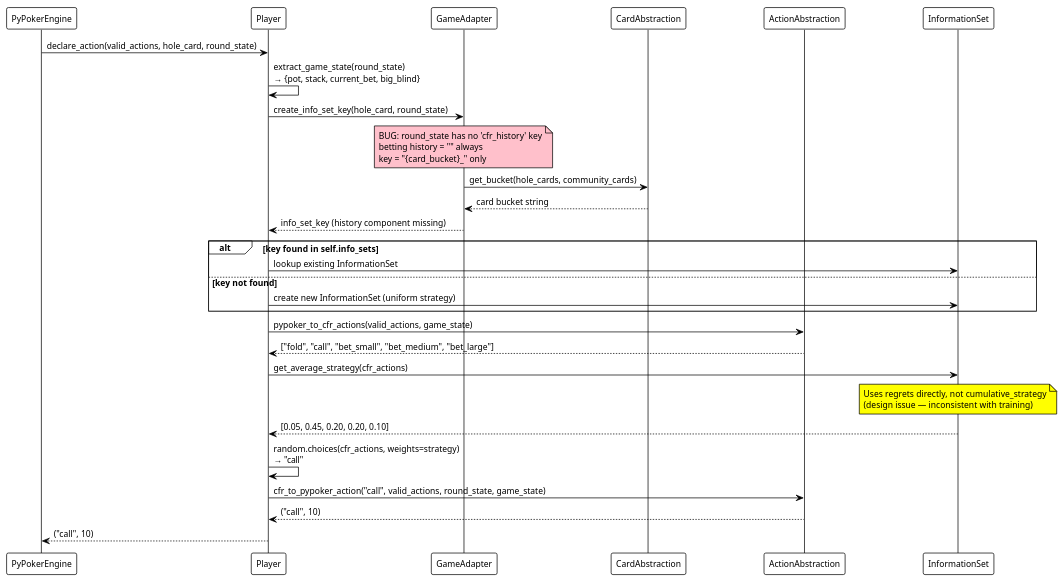
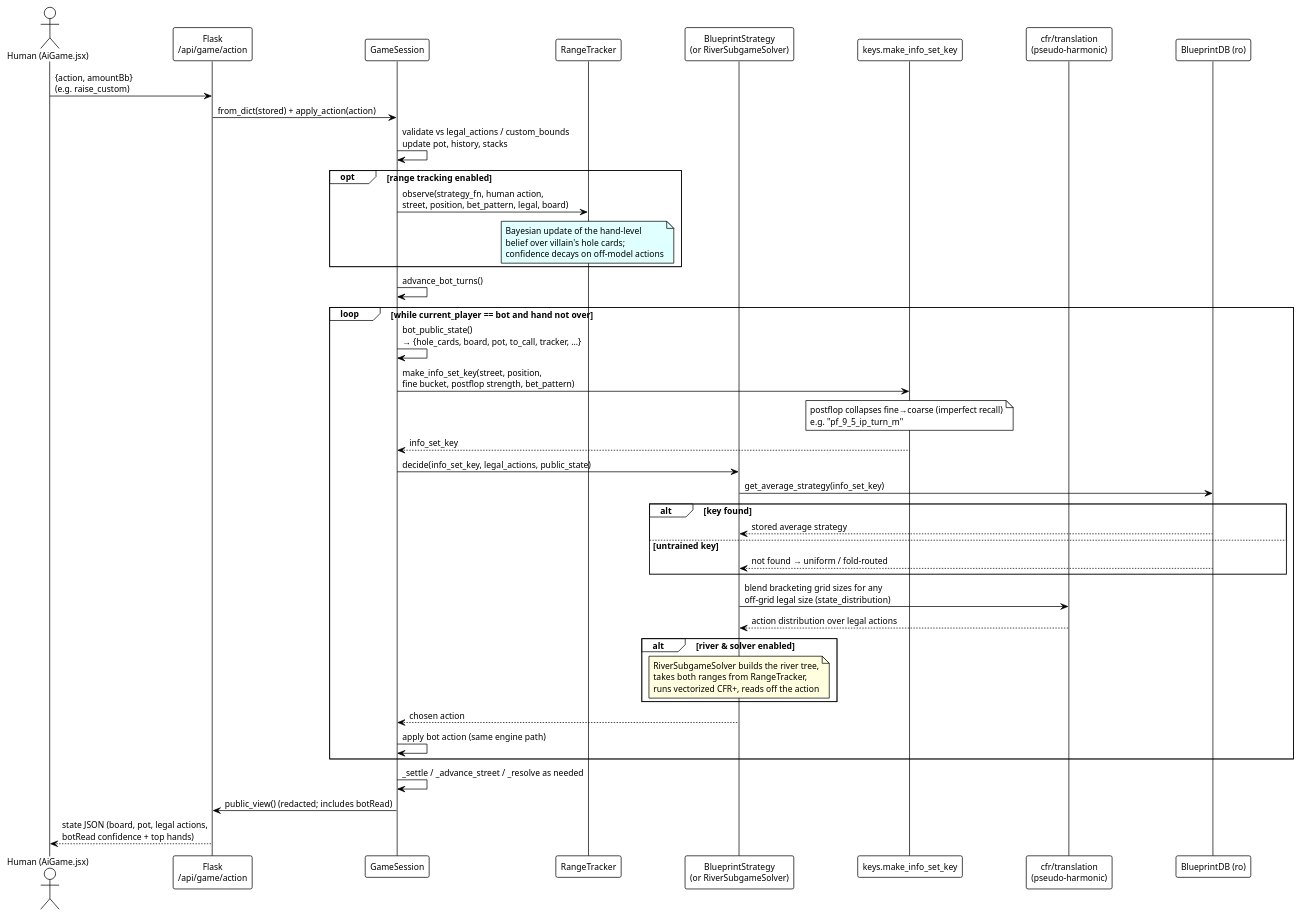
Before and after one commit to jianrontan/AllIn: the diagram in docs/diagrams/inference_sequence.puml, drawn with PlantUML. The commit also changed 21 other files, not shown here.

```diff
--- a/docs/diagrams/inference_sequence.puml
+++ b/docs/diagrams/inference_sequence.puml
@@ -1,43 +1,56 @@
 @startuml inference_sequence
 !theme plain
 skinparam defaultFontSize 12
-skinparam ParticipantPadding 50
+skinparam ParticipantPadding 40
 skinparam BoxPadding 20
 
-participant "PyPokerEngine" as PPE
-participant "Player" as P
-participant "GameAdapter" as GA
-participant "CardAbstraction" as CA
-participant "ActionAbstraction" as AA
-participant "InformationSet" as IS
+' The DEPLOYED play-vs-bot path: a human action arrives over the Flask game
+' API, GameSession applies it, then advances the bot until it is the human's
+' turn again. (The old PyPokerEngine Player path still exists for offline
+' bot-vs-bot games but is not the web flow shown here.)
 
-PPE -> P: declare_action(valid_actions, hole_card, round_state)
-P -> P: extract_game_state(round_state)\n→ {pot, stack, current_bet, big_blind}
+actor "Human (AiGame.jsx)" as UI
+participant "Flask\n/api/game/action" as API
+participant "GameSession" as GS
+participant "RangeTracker" as RT
+participant "BlueprintStrategy\n(or RiverSubgameSolver)" as BS
+participant "keys.make_info_set_key" as KEYS
+participant "cfr/translation\n(pseudo-harmonic)" as TR
+participant "BlueprintDB (ro)" as DB
 
-P -> GA: create_info_set_key(hole_card, round_state)
-note over GA #Pink: BUG: round_state has no 'cfr_history' key\nbetting history = "" always\nkey = "{card_bucket}_" only
-GA -> CA: get_bucket(hole_cards, community_cards)
-CA --> GA: card bucket string
-GA --> P: info_set_key (history component missing)
+UI -> API: {action, amountBb}\n(e.g. raise_custom)
+API -> GS: from_dict(stored) + apply_action(action)
+GS -> GS: validate vs legal_actions / custom_bounds\nupdate pot, history, stacks
 
-alt key found in self.info_sets
-  P -> IS: lookup existing InformationSet
-else key not found
-  P -> IS: create new InformationSet (uniform strategy)
+opt range tracking enabled
+  GS -> RT: observe(strategy_fn, human action,\nstreet, position, bet_pattern, legal, board)
+  note over RT #LightCyan: Bayesian update of the hand-level\nbelief over villain's hole cards;\nconfidence decays on off-model actions
 end
 
-P -> AA: pypoker_to_cfr_actions(valid_actions, game_state)
-AA --> P: ["fold", "call", "bet_small", "bet_medium", "bet_large"]
+GS -> GS: advance_bot_turns()
+loop while current_player == bot and hand not over
+  GS -> GS: bot_public_state()\n→ {hole_cards, board, pot, to_call, tracker, ...}
+  GS -> KEYS: make_info_set_key(street, position,\nfine bucket, postflop strength, bet_pattern)
+  note over KEYS: postflop collapses fine→coarse (imperfect recall)\ne.g. "pf_9_5_ip_turn_m"
+  KEYS --> GS: info_set_key
+  GS -> BS: decide(info_set_key, legal_actions, public_state)
+  BS -> DB: get_average_strategy(info_set_key)
+  alt key found
+    DB --> BS: stored average strategy
+  else untrained key
+    DB --> BS: not found → uniform / fold-routed
+  end
+  BS -> TR: blend bracketing grid sizes for any\noff-grid legal size (state_distribution)
+  TR --> BS: action distribution over legal actions
+  alt river & solver enabled
+    note over BS #LightYellow: RiverSubgameSolver builds the river tree,\ntakes both ranges from RangeTracker,\nruns vectorized CFR+, reads off the action
+  end
+  BS --> GS: chosen action
+  GS -> GS: apply bot action (same engine path)
+end
 
-P -> IS: get_average_strategy(cfr_actions)
-note over IS #Yellow: Uses regrets directly, not cumulative_strategy\n(design issue — inconsistent with training)
-IS --> P: [0.05, 0.45, 0.20, 0.20, 0.10]
-
-P -> P: random.choices(cfr_actions, weights=strategy)\n→ "call"
-
-P -> AA: cfr_to_pypoker_action("call", valid_actions, round_state, game_state)
-AA --> P: ("call", 10)
-
-P --> PPE: ("call", 10)
+GS -> GS: _settle / _advance_street / _resolve as needed
+GS -> API: public_view() (redacted; includes botRead)
+API --> UI: state JSON (board, pot, legal actions,\nbotRead confidence + top hands)
 
 @enduml
```
